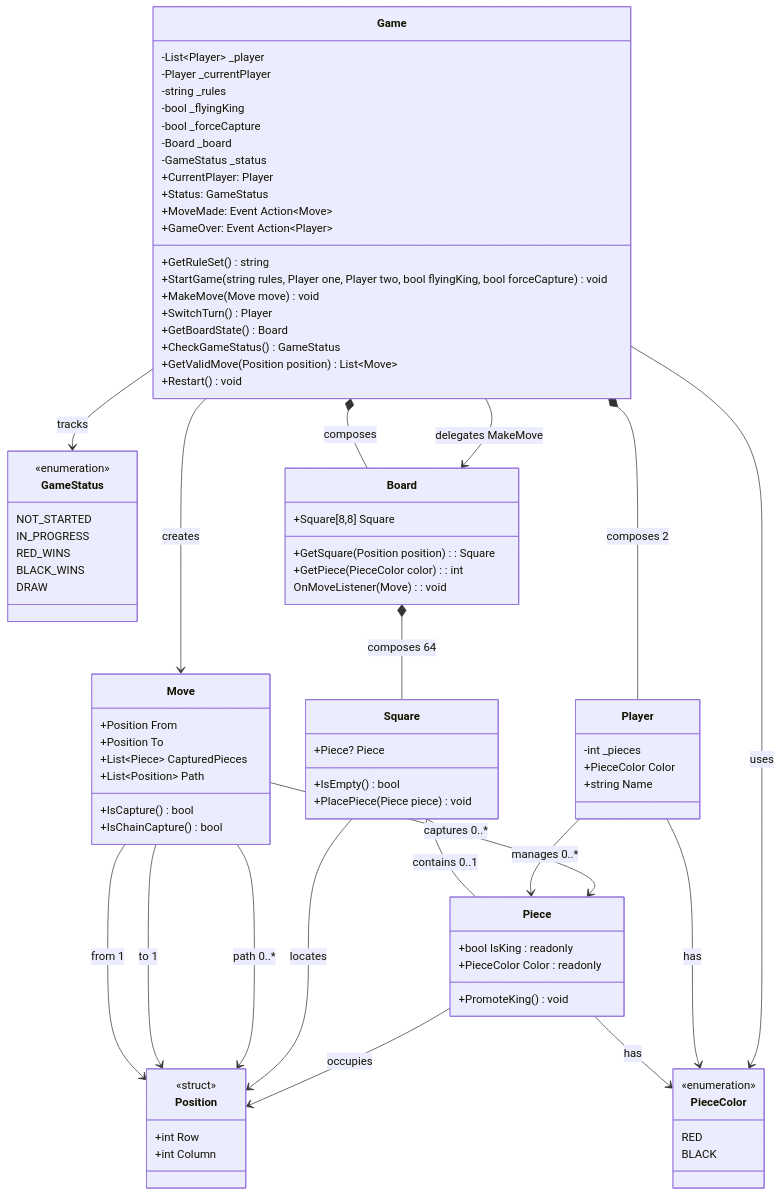
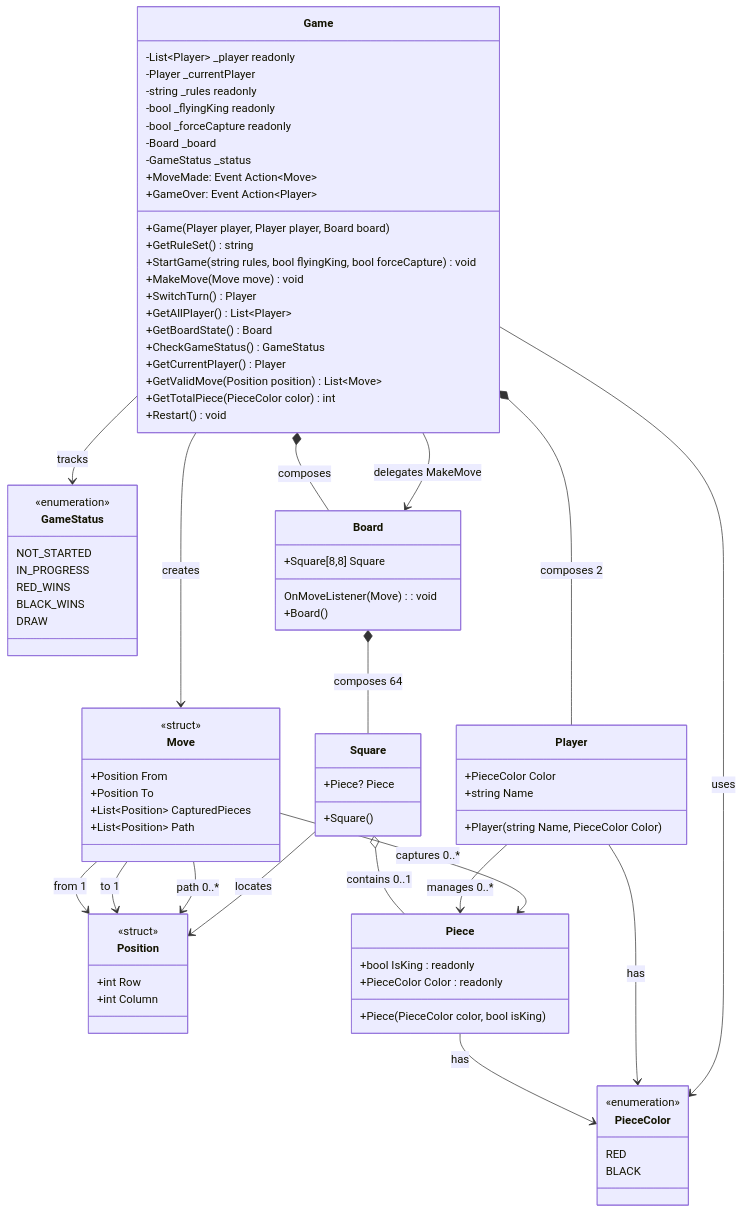
The diagram in CheckersBoardgameClassDiagram/mermaidrevision.md (Dvizio/Batch20), drawn with Mermaid before and after one commit.

Commit message:
update mermaidrevision

```diff
--- a/CheckersBoardgameClassDiagram/mermaidrevision.md
+++ b/CheckersBoardgameClassDiagram/mermaidrevision.md
@@ -29,60 +29,59 @@
   class Piece {
     +bool IsKing : readonly
     +PieceColor Color : readonly
-    +PromoteKing() void
+    +Piece(PieceColor color, bool isKing)
   }
 
   %% Board and Square
   class Square {
     +Piece? Piece
-    +IsEmpty() bool
-    +PlacePiece(Piece piece) void
+    +Square()
   }
 
   class Board {
     +Square[8,8] Square
-    +GetSquare(Position position) : Square
-    +GetPiece(PieceColor color) : int
     OnMoveListener(Move) : void
+    +Board()
   }
 
   %% Move as pure data/intent - no Execute()
   class Move {
+    <<struct>>
     +Position From
     +Position To
-    +List~Piece~ CapturedPieces
+    +List~Position~ CapturedPieces
     +List~Position~ Path
-    +IsCapture() bool
-    +IsChainCapture() bool
   }
 
   %% Player
   class Player {
-    -int _pieces
     +PieceColor Color
     +string Name
+    +Player(string Name, PieceColor Color)
   }
 
   %% Game
   class Game {
-    -List~Player~ _player
+    -List~Player~ _player readonly
     -Player _currentPlayer
-    -string _rules
-    -bool _flyingKing
-    -bool _forceCapture
+    -string _rules readonly
+    -bool _flyingKing readonly
+    -bool _forceCapture readonly
     -Board _board
     -GameStatus _status
-    +CurrentPlayer: Player
-    +Status: GameStatus
     +MoveMade: Event Action~Move~
     +GameOver: Event Action~Player~
+    +Game(Player player, Player player, Board board)
     +GetRuleSet() string
-    +StartGame(string rules, Player one, Player two, bool flyingKing, bool forceCapture) void
+    +StartGame(string rules, bool flyingKing, bool forceCapture) void
     +MakeMove(Move move) void
     +SwitchTurn() Player
+    +GetAllPlayer() List~Player~
     +GetBoardState() Board
     +CheckGameStatus() GameStatus
+    +GetCurrentPlayer() Player
     +GetValidMove(Position position) List~Move~
+    +GetTotalPiece(PieceColor color) int
     +Restart() void
   }
 
@@ -119,7 +118,6 @@
 
   %% Value Object: Position used throughout
   Square --> Position : locates
-  Piece --> Position : occupies
 
   %% Enumerations used
   Piece --> PieceColor : has
```
